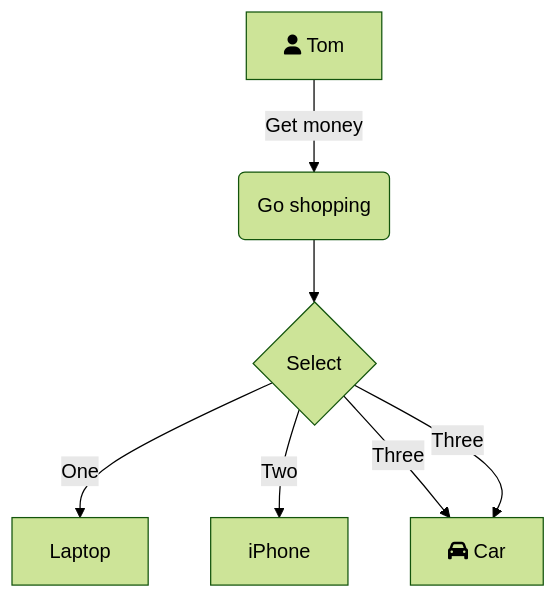
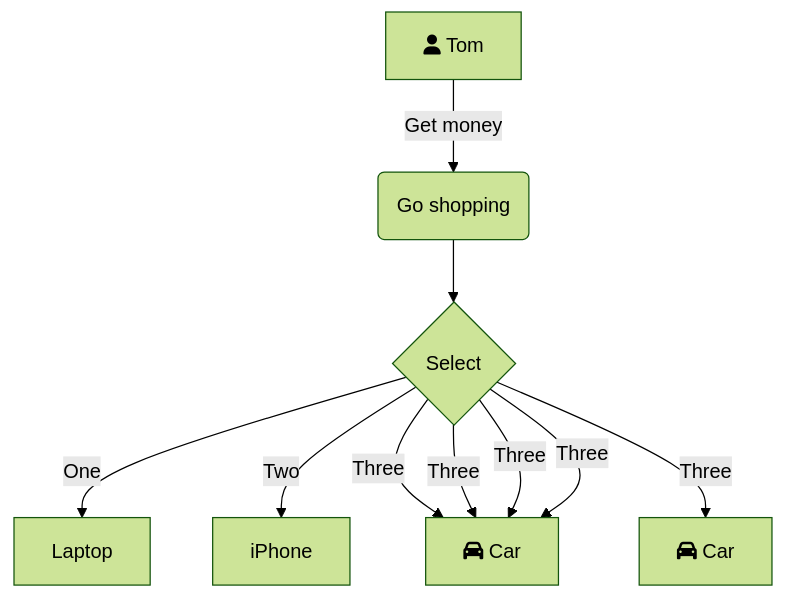
The diagram in all/未命名.md (LuoChen-0225/iodraw-files), drawn with Mermaid (forest theme) before and after one commit.

Commit message:
2026-09-23 09:27:38 update

````diff
--- a/all/未命名.md
+++ b/all/未命名.md
@@ -1,10 +1,13 @@
 ```mermaid
 graph TD
     A[fa:fa-user Tom] -->|Get money| B(Go shopping)
     B --> C{Select}
     C -->|One| D[Laptop]
     C -->|Two| E[iPhone]
     C -->|Three| F[fa:fa-car Car]
     C -->|Three| F[fa:fa-car Car]
+    C -->|Three| H[fa:fa-car Car]
+    C -->|Three| F[fa:fa-car Car]
+    C -->|Three| F[fa:fa-car Car]
   
 ```
````
